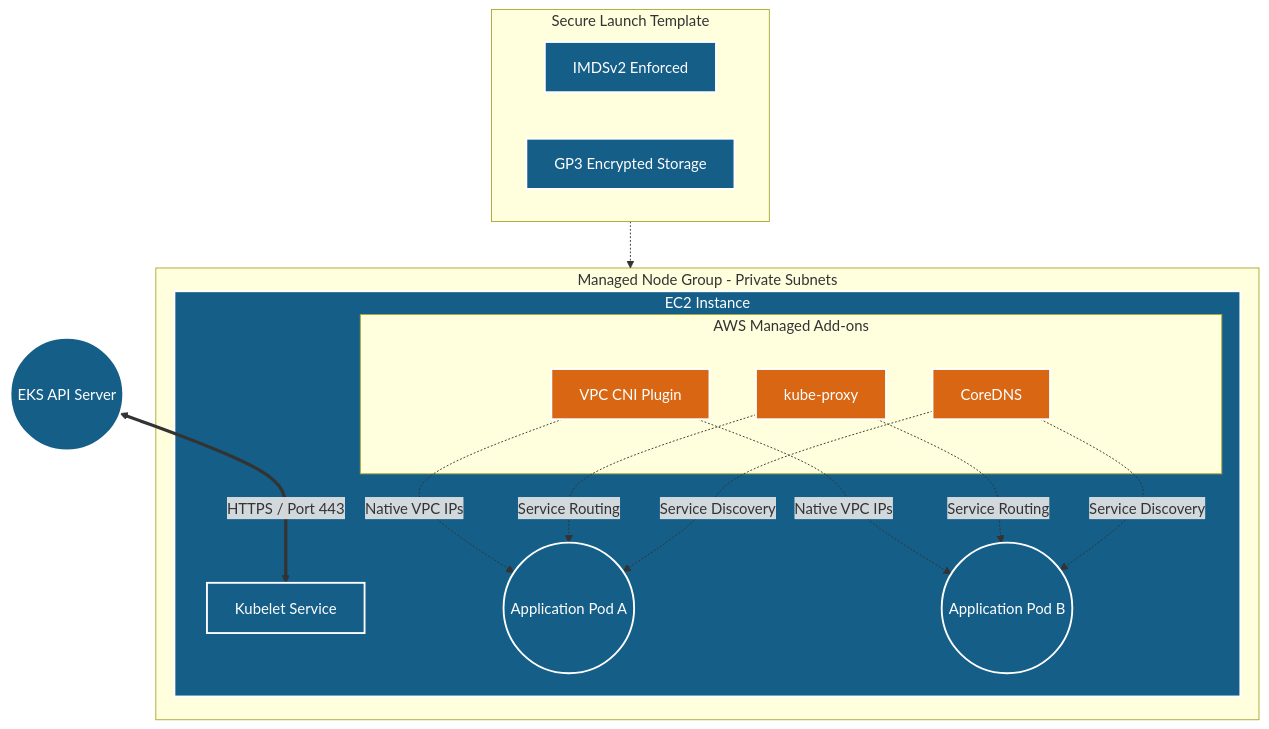
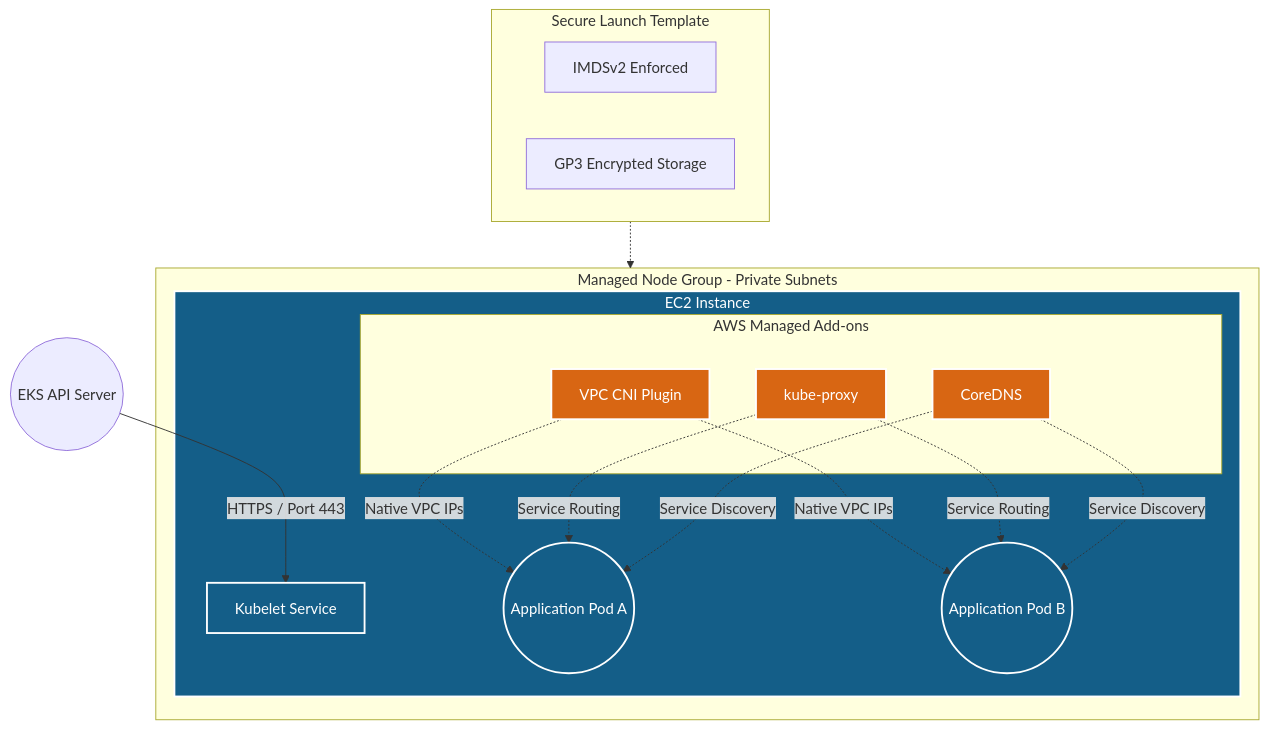
The sixth of 8 diagrams in architecture-deployment-guide.md (selvakumarperumal/EKS_k8s_custom_template_with_Terraform), drawn with Mermaid before and after one commit. The commit also changed 5 other files, not shown here.

Commit message:
docs: rewrite all module READMEs with fixed Mermaid diagrams and Terraform code snippets

````diff
--- a/architecture-deployment-guide.md
+++ b/architecture-deployment-guide.md
@@ -254,39 +254,39 @@
 ```mermaid
 graph TD
-    classDef node fill:#145E88,stroke:#fff,stroke-width:2px,color:#fff;
-    classDef addon fill:#D86613,stroke:#fff,stroke-width:2px,color:#fff;
+    classDef workerStyle fill:#145E88,stroke:#fff,stroke-width:2px,color:#fff;
+    classDef addonStyle fill:#D86613,stroke:#fff,stroke-width:2px,color:#fff;
 
-    APIServer(("EKS API Server")) <== "HTTPS / Port 443" ==> Kubelet
+    APIServer(("EKS API Server")) -- "HTTPS / Port 443" --> Kubelet
 
     subgraph Launch_Template ["Secure Launch Template"]
         IMDSv2["IMDSv2 Enforced"]
         EBS["GP3 Encrypted Storage"]
     end
 
     Launch_Template -.-> NodeGroup
 
     subgraph NodeGroup ["Managed Node Group - Private Subnets"]
         subgraph EC2_Worker_Node ["EC2 Instance"]
             Kubelet["Kubelet Service"]
             
             subgraph Essential_Addons ["AWS Managed Add-ons"]
                 CNI["VPC CNI Plugin"]
                 KProxy["kube-proxy"]
                 DNS["CoreDNS"]
             end
             
             PodA(("Application Pod A"))
             PodB(("Application Pod B"))
             
             CNI -. "Native VPC IPs" .-> PodA
             CNI -. "Native VPC IPs" .-> PodB
             KProxy -. "Service Routing" .-> PodA
             KProxy -. "Service Routing" .-> PodB
             DNS -. "Service Discovery" .-> PodA
             DNS -. "Service Discovery" .-> PodB
         end
     end
 
-    class EC2_Worker_Node,Kubelet,PodA,PodB node;
-    class CNI,KProxy,DNS addon;
+    class EC2_Worker_Node,Kubelet,PodA,PodB workerStyle;
+    class CNI,KProxy,DNS addonStyle;
 ```
````
